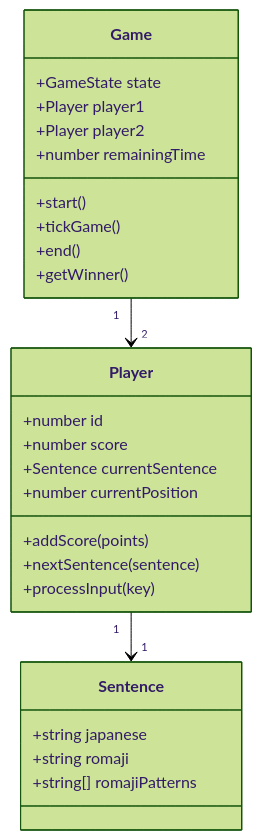
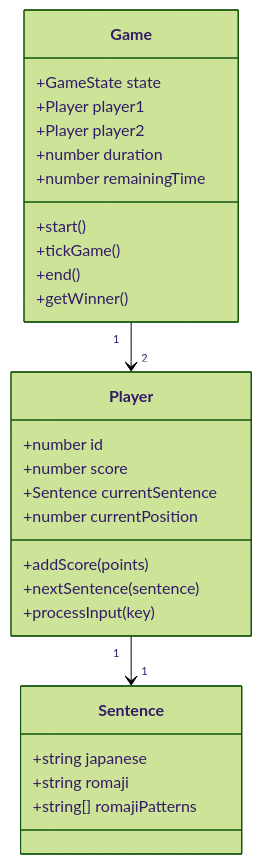
The second of 4 diagrams in docs/functional-design.md (coderdojo-iwata/vs-typing-dojo-ts), drawn with Mermaid (forest theme) before and after one commit. The commit also changed other lines of this file and 18 other files, not shown here.

````diff
--- a/docs/functional-design.md
+++ b/docs/functional-design.md
@@ -112,32 +120,33 @@
 ```mermaid
 classDiagram
     class Game {
         +GameState state
         +Player player1
         +Player player2
+        +number duration
         +number remainingTime
         +start()
         +tickGame()
         +end()
         +getWinner()
     }
 
     class Player {
         +number id
         +number score
         +Sentence currentSentence
         +number currentPosition
         +addScore(points)
         +nextSentence(sentence)
         +processInput(key)
     }
 
     class Sentence {
         +string japanese
         +string romaji
         +string[] romajiPatterns
     }
 
     Game "1" --> "2" Player
     Player "1" --> "1" Sentence
 ```
````
